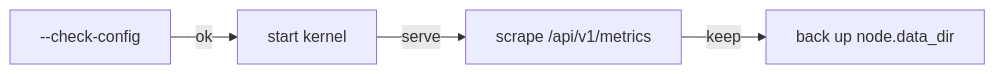
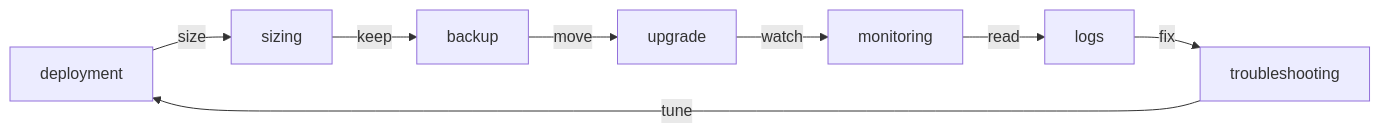
One commit to Indus-Stack/indramqtt changed the diagram in docs/operations/index.md. Above: the diagram before and after it, drawn with Mermaid. The commit also changed other lines of this file and 13 other files, not shown here.

````diff
--- a/docs/operations/index.md
+++ b/docs/operations/index.md
@@ -12,6 +12,10 @@
 ```mermaid
 flowchart LR
-    Check["--check-config"] -- "ok" --> Start["start kernel"]
-    Start -- "serve" --> Watch["scrape /api/v1/metrics"]
-    Watch -- "keep" --> Keep["back up node.data_dir"]
+    Deploy["deployment"] -- "size" --> Size["sizing"]
+    Size -- "keep" --> Back["backup"]
+    Back -- "move" --> Up["upgrade"]
+    Up -- "watch" --> Mon["monitoring"]
+    Mon -- "read" --> Log["logs"]
+    Log -- "fix" --> Fix["troubleshooting"]
+    Fix -- "tune" --> Deploy
 ```
````
